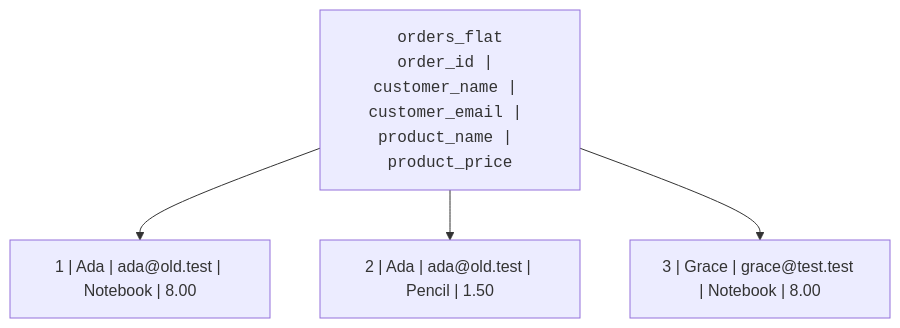
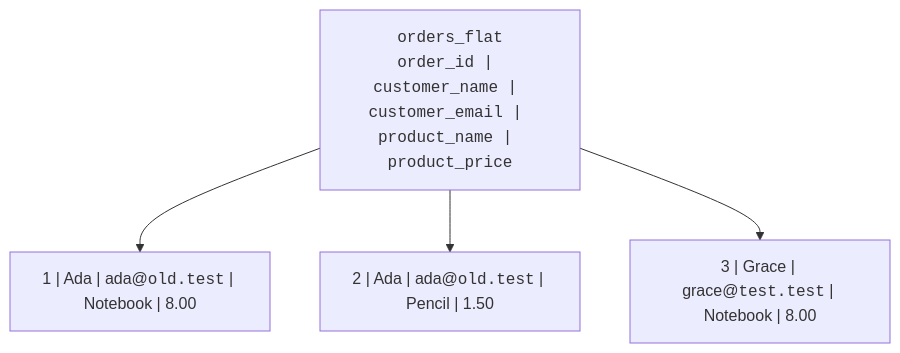
One commit to dataslope/dataslope changed the first of 5 diagrams in content/learn/database-design-postgresql/why-normalization.mdx. Above: the diagram before and after it, drawn with Mermaid. The commit also changed 100 other files, not shown here.

First line of the commit message:
Wrap more code in diagram labels: filenames, hex, assignments, subgraph titles

````diff
--- a/content/learn/database-design-postgresql/why-normalization.mdx
+++ b/content/learn/database-design-postgresql/why-normalization.mdx
@@ -18,7 +18,7 @@
 ```mermaid
 flowchart TB
     T["<code>orders_flat<br/>order_id | customer_name | customer_email | product_name | product_price</code>"]
-    T --> R1["1 | Ada | ada@old.test | Notebook | 8.00"]
-    T --> R2["2 | Ada | ada@old.test | Pencil | 1.50"]
-    T --> R3["3 | Grace | grace@test.test | Notebook | 8.00"]
+    T --> R1["1 | Ada | ada@<code>old.test</code> | Notebook | 8.00"]
+    T --> R2["2 | Ada | ada@<code>old.test</code> | Pencil | 1.50"]
+    T --> R3["3 | Grace | grace@<code>test.test</code> | Notebook | 8.00"]
 ```
````
